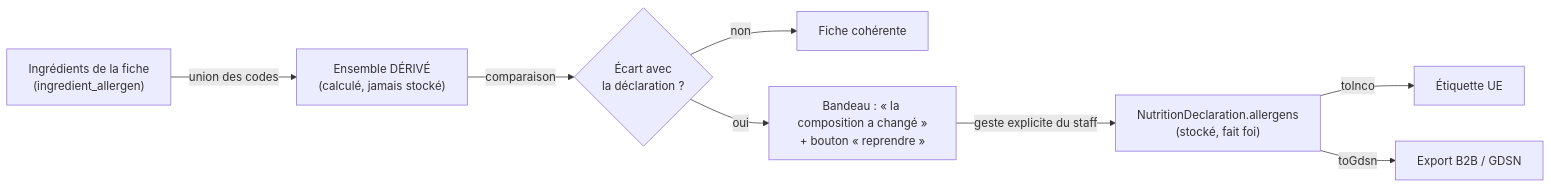
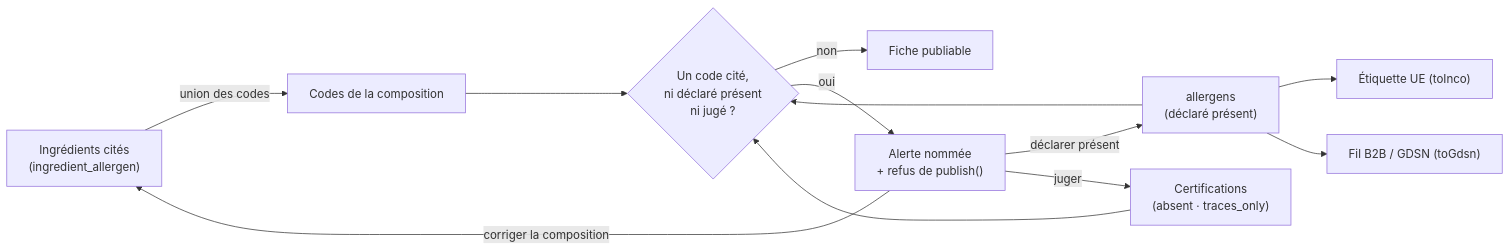
One commit to hugoheynard/lfd changed the diagram in documentation/pim/data-model/05-allergenes-gs1-inco.md. Above: the diagram before and after it, drawn with Mermaid. The commit also changed other lines of this file and 3 other files, not shown here.

````diff
--- a/documentation/pim/data-model/05-allergenes-gs1-inco.md
+++ b/documentation/pim/data-model/05-allergenes-gs1-inco.md
@@ -271,10 +519,14 @@
 ```mermaid
 flowchart LR
-  I["Ingrédients de la fiche<br/>(ingredient_allergen)"] -->|union des codes| D["Ensemble DÉRIVÉ<br/>(calculé, jamais stocké)"]
-  D -->|comparaison| C{"Écart avec<br/>la déclaration ?"}
-  C -->|non| OK["Fiche cohérente"]
-  C -->|oui| W["Bandeau : « la composition a changé »<br/>+ bouton « reprendre »"]
-  W -->|geste explicite du staff| N["NutritionDeclaration.allergens<br/>(stocké, fait foi)"]
-  N -->|toInco| E["Étiquette UE"]
-  N -->|toGdsn| G["Export B2B / GDSN"]
+  I["Ingrédients cités<br/>(ingredient_allergen)"] -->|union des codes| C["Codes de la composition"]
+  D["allergens<br/>(déclaré présent)"] --> X{"Un code cité,<br/>ni déclaré présent<br/>ni jugé ?"}
+  J["Certifications<br/>(absent · traces_only)"] --> X
+  C --> X
+  X -->|non| OK["Fiche publiable"]
+  X -->|oui| A["Alerte nommée<br/>+ refus de publish()"]
+  A -->|déclarer présent| D
+  A -->|juger| J
+  A -->|corriger la composition| I
+  D --> E["Étiquette UE (toInco)"]
+  D --> G["Fil B2B / GDSN (toGdsn)"]
 ```
````
